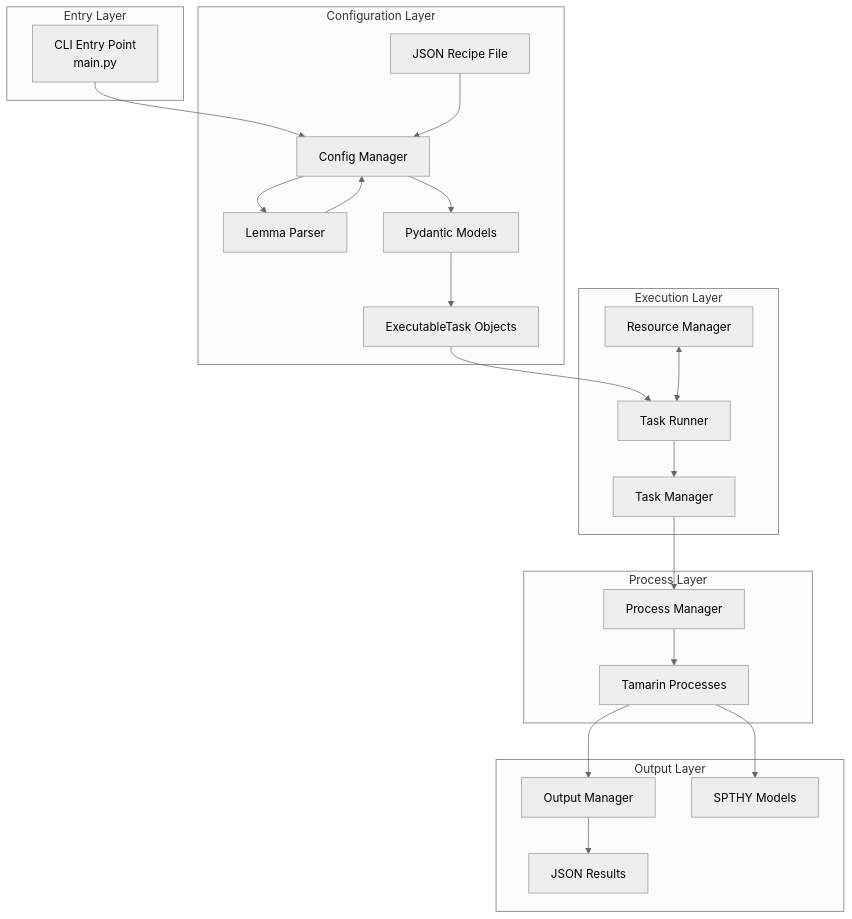
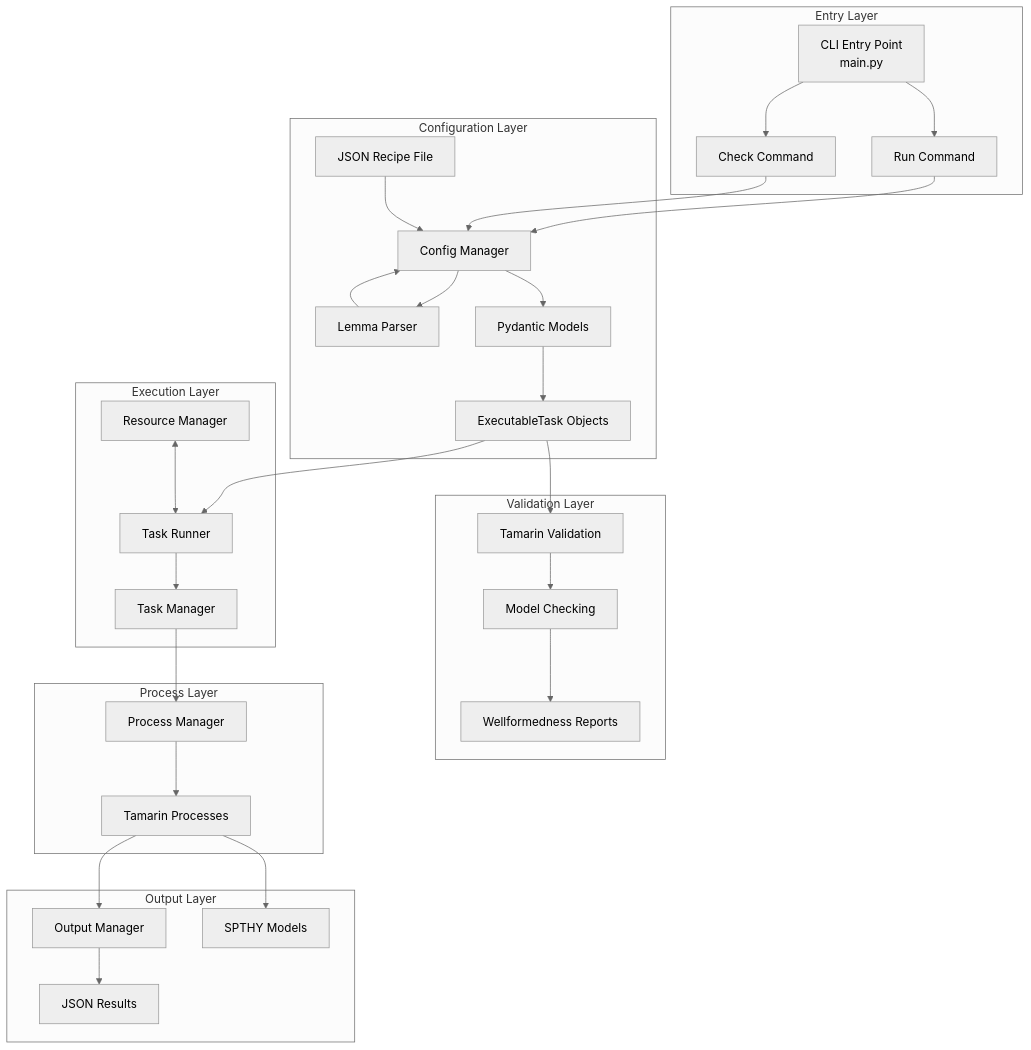
The first of 11 diagrams in ARCHITECTURE.md (tamarin-prover/batch-tamarin), drawn with Mermaid (neutral theme) before and after one commit. The commit also changed other lines of this file and 1 other file, not shown here.

Commit message:
docs(architecture): update architecture documentation to reflect new CLI commands and validation features

````diff
--- a/ARCHITECTURE.md
+++ b/ARCHITECTURE.md
@@ -57,46 +58,64 @@
 ```mermaid
 graph TB
     subgraph "Entry Layer"
         CLI[CLI Entry Point<br/>main.py]
+        RUN_CMD[Run Command]
+        CHECK_CMD[Check Command]
     end
 
     subgraph "Configuration Layer"
         CM[Config Manager]
         LP[Lemma Parser]
         JSON[JSON Recipe File]
         PM[Pydantic Models]
         ET[ExecutableTask Objects]
     end
 
     subgraph "Execution Layer"
         TR[Task Runner]
         RM[Resource Manager]
         TM[Task Manager]
     end
 
+    subgraph "Validation Layer"
+        TV[Tamarin Validation]
+        MC[Model Checking]
+        WF[Wellformedness Reports]
+    end
+
     subgraph "Process Layer"
         PROC[Process Manager]
         TP[Tamarin Processes]
     end
 
     subgraph "Output Layer"
         OM[Output Manager]
         RESULTS[JSON Results]
         MODELS[SPTHY Models]
     end
 
-    CLI --> CM
+    CLI --> RUN_CMD
+    CLI --> CHECK_CMD
+    RUN_CMD --> CM
+    CHECK_CMD --> CM
     JSON --> CM
     CM --> LP
     CM --> PM
     LP --> CM
     PM --> ET
+
+    %% Run Command Flow
     ET --> TR
     RM <--> TR
     TR --> TM
     TM --> PROC
     PROC --> TP
     TP --> OM
     OM --> RESULTS
     TP --> MODELS
+
+    %% Check Command Flow
+    ET --> TV
+    TV --> MC
+    MC --> WF
 ```
````
